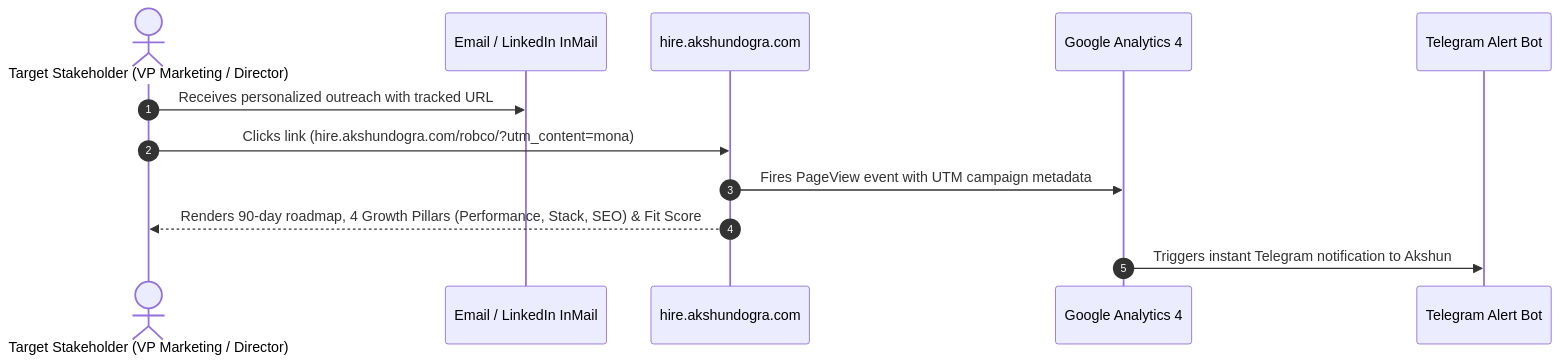
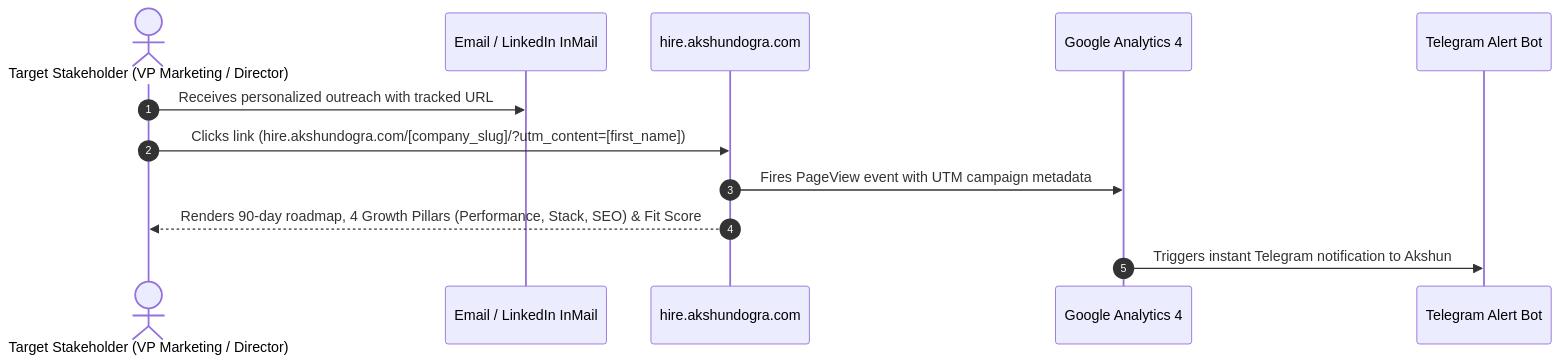
Before and after one commit to akshundogra/hire: the fourth of 4 diagrams in README.md, drawn with Mermaid.

Commit message:
docs: make sequence diagram URL generic with [company_slug] and [first_name] placeholders

````diff
--- a/README.md
+++ b/README.md
@@ -112,15 +112,15 @@
 ```mermaid
 sequenceDiagram
     autonumber
     actor Leader as Target Stakeholder (VP Marketing / Director)
     participant Channel as Email / LinkedIn InMail
     participant Host as hire.akshundogra.com
     participant GA4 as Google Analytics 4
     participant Telegram as Telegram Alert Bot
 
     Leader->>Channel: Receives personalized outreach with tracked URL
-    Leader->>Host: Clicks link (hire.akshundogra.com/robco/?utm_content=mona)
+    Leader->>Host: Clicks link (hire.akshundogra.com/[company_slug]/?utm_content=[first_name])
     Host->>GA4: Fires PageView event with UTM campaign metadata
     Host-->>Leader: Renders 90-day roadmap, 4 Growth Pillars (Performance, Stack, SEO) & Fit Score
     GA4->>Telegram: Triggers instant Telegram notification to Akshun
 ```
````
